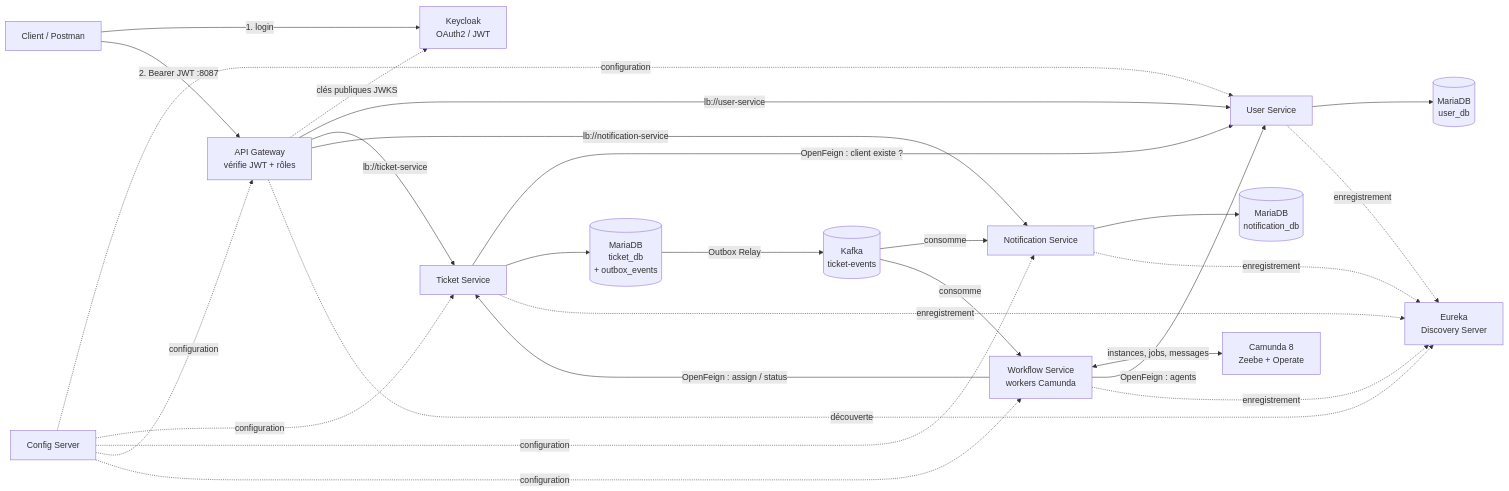
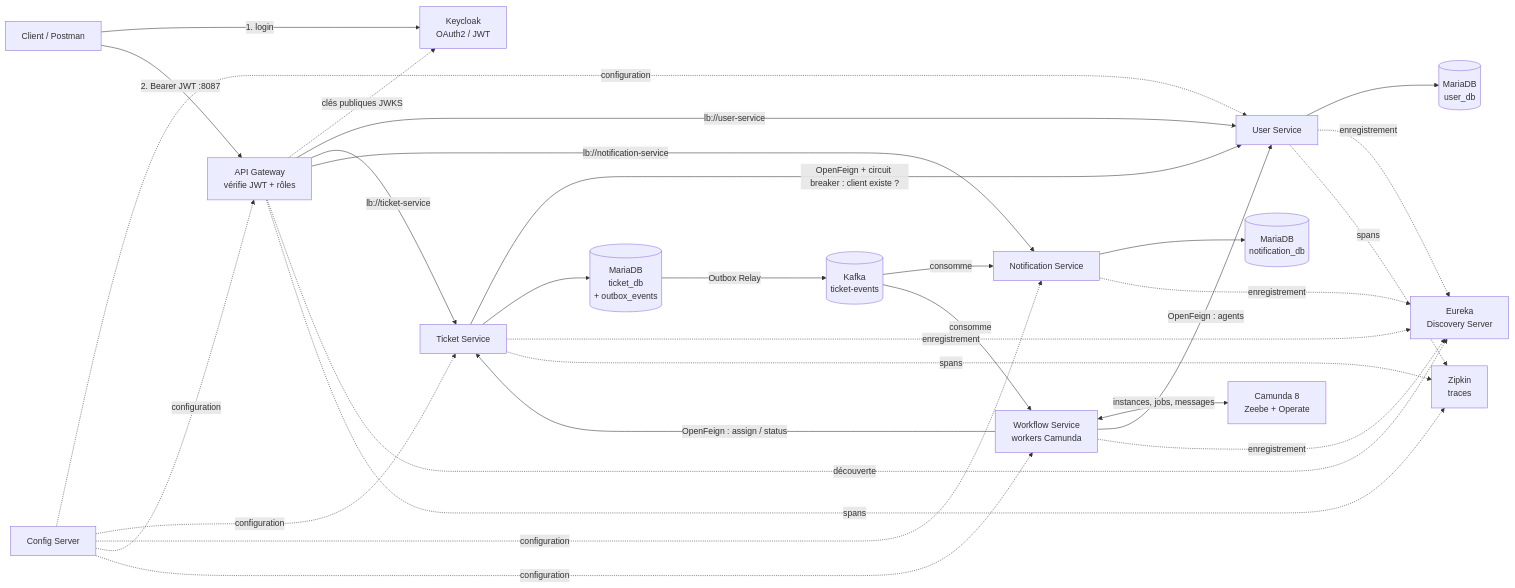
Before and after one commit to anasxaz/ticketflow: the first of 4 diagrams in README.md, drawn with Mermaid. The commit also changed other lines of this file, not shown here.

````diff
--- a/README.md
+++ b/README.md
@@ -13,35 +13,40 @@
 ```mermaid
 flowchart LR
     C[Client / Postman] -->|1. login| KC[Keycloak<br/>OAuth2 / JWT]
     C -->|2. Bearer JWT :8087| GW[API Gateway<br/>vérifie JWT + rôles]
     GW -. clés publiques JWKS .-> KC
 
     GW -->|lb://user-service| US[User Service]
     GW -->|lb://ticket-service| TS[Ticket Service]
     GW -->|lb://notification-service| NS[Notification Service]
 
-    TS -->|OpenFeign : client existe ?| US
+    TS -->|OpenFeign + circuit breaker : client existe ?| US
     TS --> TDB[(MariaDB<br/>ticket_db<br/>+ outbox_events)]
     TDB -->|Outbox Relay| K[(Kafka<br/>ticket-events)]
     K -->|consomme| NS
     K -->|consomme| WS[Workflow Service<br/>workers Camunda]
     WS <-->|instances, jobs, messages| CA[Camunda 8<br/>Zeebe + Operate]
     WS -->|OpenFeign : agents| US
     WS -->|OpenFeign : assign / status| TS
 
     US --> UDB[(MariaDB<br/>user_db)]
     NS --> NDB[(MariaDB<br/>notification_db)]
 
     CS[Config Server] -. configuration .-> US
     CS -. configuration .-> TS
     CS -. configuration .-> NS
     CS -. configuration .-> GW
     CS -. configuration .-> WS
 
     EU[Eureka<br/>Discovery Server]
     US -. enregistrement .-> EU
     TS -. enregistrement .-> EU
     NS -. enregistrement .-> EU
     WS -. enregistrement .-> EU
     GW -. découverte .-> EU
+
+    ZK[Zipkin<br/>traces]
+    GW -. spans .-> ZK
+    TS -. spans .-> ZK
+    US -. spans .-> ZK
 ```
````
